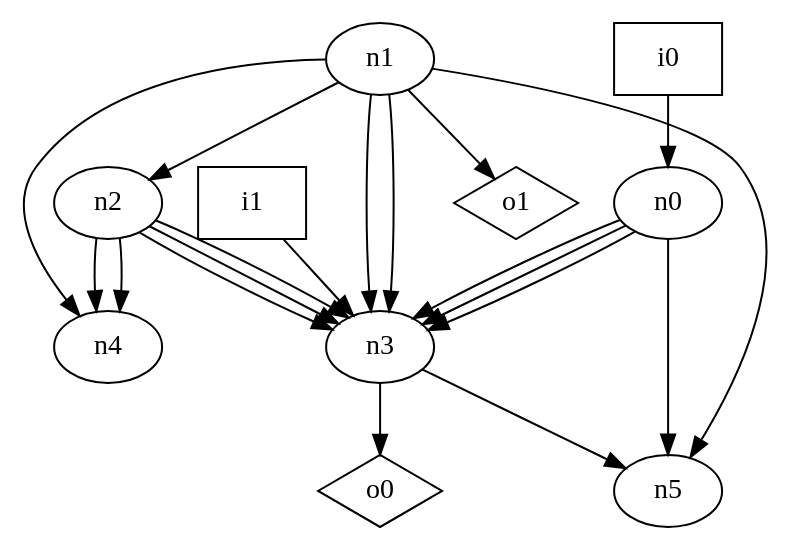
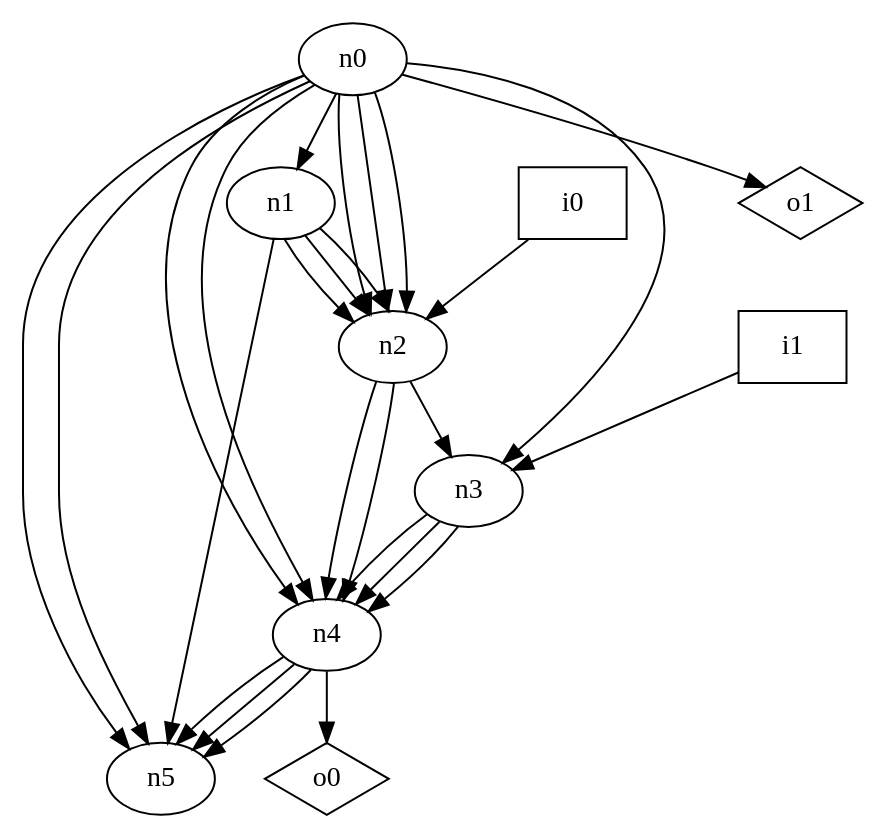
Before and after one commit to p9romain/bool-circuits: the diagram in dot_files/random/random_DAG_loop_free_graph.dot, drawn with Graphviz. The commit also changed 33 other files, not shown here.

```diff
--- a/dot_files/random/random_DAG_loop_free_graph.dot
+++ b/dot_files/random/random_DAG_loop_free_graph.dot
@@ -1,31 +1,38 @@
 digraph G {
 n0 [label="n0"];
 n1 [label="n1"];
 n2 [label="n2"];
 n3 [label="n3"];
 n4 [label="n4"];
 n5 [label="n5"];
 n6 [label="i0",shape="box"];
 n7 [label="i1",shape="box"];
 n8 [label="o0",shape="diamond"];
 n9 [label="o1",shape="diamond"];
+n0 -> n1
+n0 -> n2
+n0 -> n2
+n0 -> n2
 n0 -> n3
-n0 -> n3
-n0 -> n3
+n0 -> n4
+n0 -> n4
 n0 -> n5
+n0 -> n5
+n0 -> n9
 n1 -> n2
-n1 -> n3
-n1 -> n3
-n1 -> n4
+n1 -> n2
+n1 -> n2
 n1 -> n5
-n1 -> n9
-n2 -> n3
-n2 -> n3
 n2 -> n3
 n2 -> n4
 n2 -> n4
-n3 -> n5
-n3 -> n8
-n6 -> n0
+n3 -> n4
+n3 -> n4
+n3 -> n4
+n4 -> n5
+n4 -> n5
+n4 -> n5
+n4 -> n8
+n6 -> n2
 n7 -> n3
 }
```
